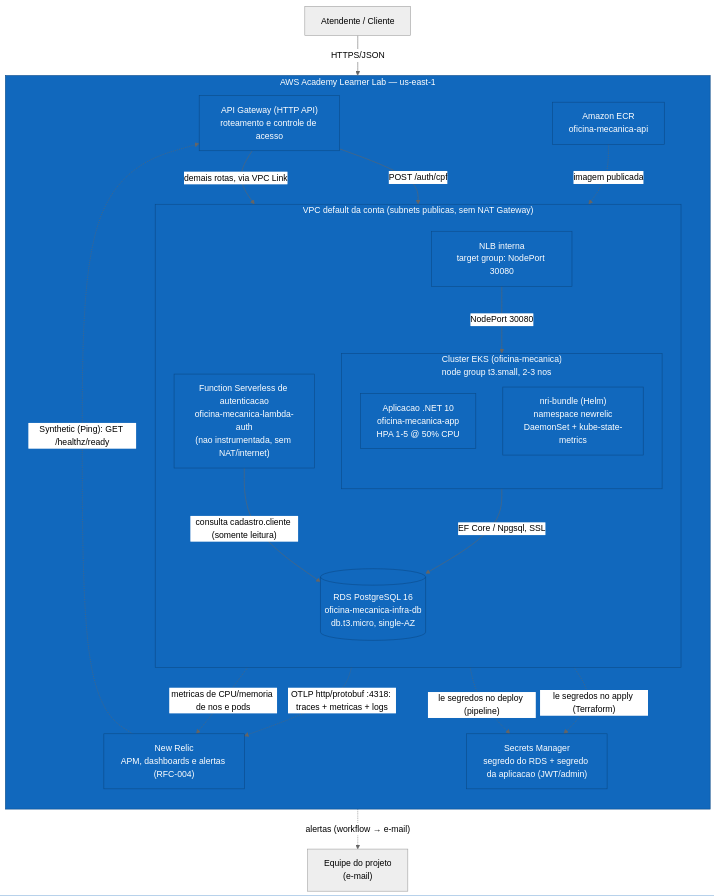
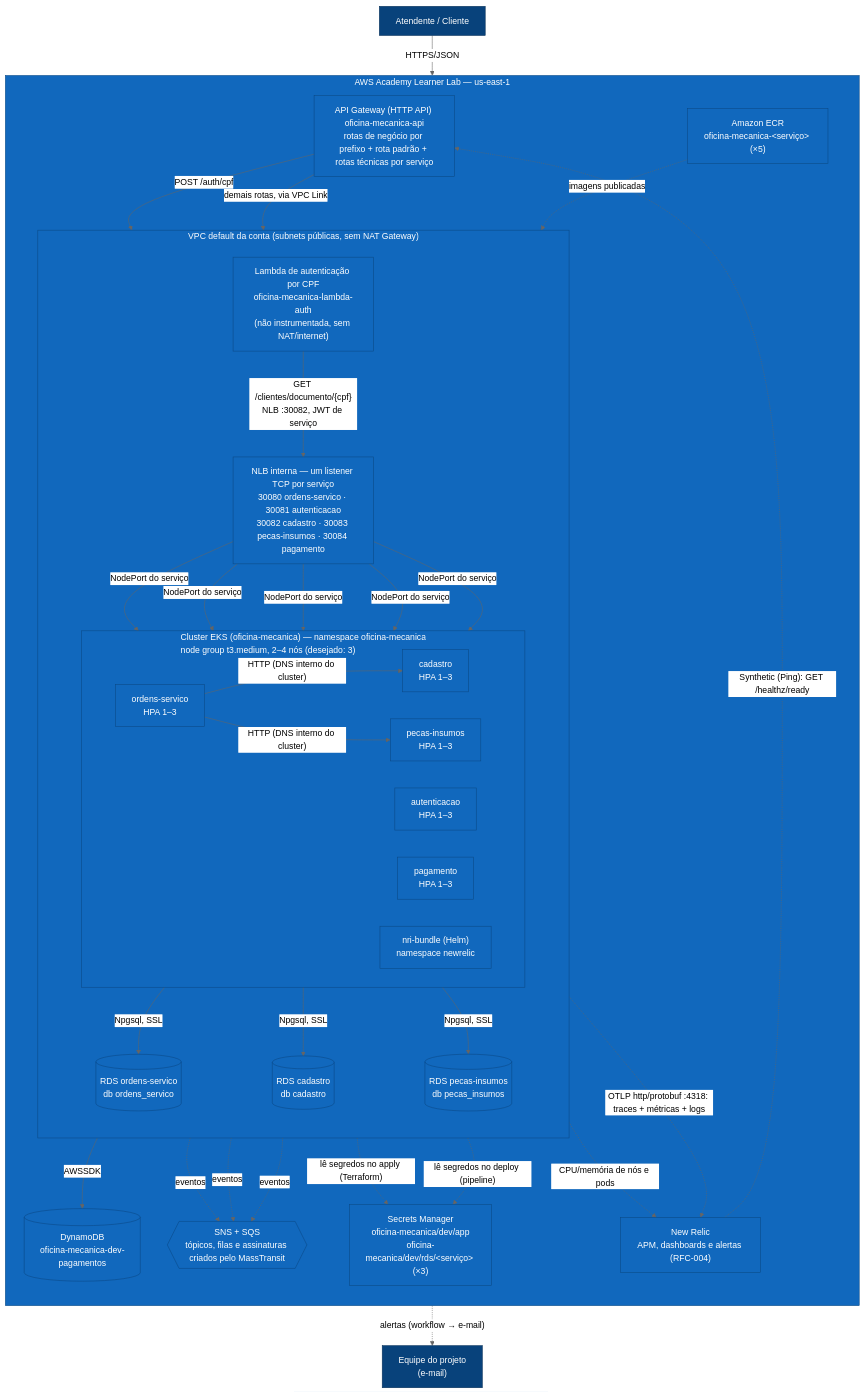
Before and after one commit to gabrielMauad/oficina-mecanica-app: the second of 2 diagrams in docs/arquitetura/diagramas/infraestrutura.md, drawn with Mermaid (neutral theme). The commit also changed other lines of this file and 31 other files, not shown here.

````diff
--- a/docs/arquitetura/diagramas/infraestrutura.md
+++ b/docs/arquitetura/diagramas/infraestrutura.md
@@ -52,47 +80,63 @@
 ```mermaid
 flowchart TB
     ator["Atendente / Cliente"]
     equipe["Equipe do projeto<br/>(e-mail)"]
 
     subgraph aws["AWS Academy Learner Lab — us-east-1"]
         direction TB
-        gw["API Gateway (HTTP API)<br/>roteamento e controle de acesso"]
+        gw["API Gateway (HTTP API) oficina-mecanica-api<br/>rotas de negócio por prefixo + rota padrão + rotas técnicas por serviço"]
 
-        subgraph vpc["VPC default da conta (subnets publicas, sem NAT Gateway)"]
+        subgraph vpc["VPC default da conta (subnets públicas, sem NAT Gateway)"]
             direction TB
-            authFn["Function Serverless de autenticacao<br/>oficina-mecanica-lambda-auth<br/>(nao instrumentada, sem NAT/internet)"]
+            authFn["Lambda de autenticação por CPF<br/>oficina-mecanica-lambda-auth<br/>(não instrumentada, sem NAT/internet)"]
+            nlb["NLB interna — um listener TCP por serviço<br/>30080 ordens-servico · 30081 autenticacao<br/>30082 cadastro · 30083 pecas-insumos · 30084 pagamento"]
 
-            subgraph eks["Cluster EKS (oficina-mecanica)<br/>node group t3.small, 2-3 nos"]
-                direction TB
-                api["Aplicacao .NET 10<br/>oficina-mecanica-app<br/>HPA 1-5 @ 50% CPU"]
-                nri["nri-bundle (Helm)<br/>namespace newrelic<br/>DaemonSet + kube-state-metrics"]
+            subgraph eks["Cluster EKS (oficina-mecanica) — namespace oficina-mecanica<br/>node group t3.medium, 2–4 nós (desejado: 3)"]
+                direction LR
+                os["ordens-servico<br/>HPA 1–3"]
+                auth["autenticacao<br/>HPA 1–3"]
+                cad["cadastro<br/>HPA 1–3"]
+                pec["pecas-insumos<br/>HPA 1–3"]
+                pag["pagamento<br/>HPA 1–3"]
+                nri["nri-bundle (Helm)<br/>namespace newrelic"]
             end
 
-            nlb["NLB interna<br/>target group: NodePort 30080"]
-            rds[("RDS PostgreSQL 16<br/>oficina-mecanica-infra-db<br/>db.t3.micro, single-AZ")]
+            rdsOs[("RDS ordens-servico<br/>db ordens_servico")]
+            rdsCad[("RDS cadastro<br/>db cadastro")]
+            rdsPec[("RDS pecas-insumos<br/>db pecas_insumos")]
         end
 
-        secrets["Secrets Manager<br/>segredo do RDS + segredo da aplicacao (JWT/admin)"]
-        ecr["Amazon ECR<br/>oficina-mecanica-api"]
+        dyn[("DynamoDB<br/>oficina-mecanica-dev-pagamentos")]
+        broker{{"SNS + SQS<br/>tópicos, filas e assinaturas criados pelo MassTransit"}}
+        secrets["Secrets Manager<br/>oficina-mecanica/dev/app<br/>oficina-mecanica/dev/rds/&lt;serviço&gt; (×3)"]
+        ecr["Amazon ECR<br/>oficina-mecanica-&lt;serviço&gt; (×5)"]
         apm["New Relic<br/>APM, dashboards e alertas (RFC-004)"]
     end
 
     ator -->|"HTTPS/JSON"| gw
     gw -->|"POST /auth/cpf"| authFn
     gw -->|"demais rotas, via VPC Link"| nlb
-    nlb -->|"NodePort 30080"| api
-    authFn -->|"consulta cadastro.cliente (somente leitura)"| rds
-    api -->|"EF Core / Npgsql, SSL"| rds
-    authFn -.->|"le segredos no apply (Terraform)"| secrets
-    api -.->|"le segredos no deploy (pipeline)"| secrets
-    ecr -.->|"imagem publicada"| api
-    api -.->|"OTLP http/protobuf :4318: traces + metricas + logs"| apm
-    nri -.->|"metricas de CPU/memoria de nos e pods"| apm
+    nlb -->|"NodePort do serviço"| os & auth & cad & pec & pag
+    authFn -->|"GET /clientes/documento/{cpf}<br/>NLB :30082, JWT de serviço"| nlb
+    os -->|"HTTP (DNS interno do cluster)"| cad
+    os -->|"HTTP (DNS interno do cluster)"| pec
+    os -->|"Npgsql, SSL"| rdsOs
+    cad -->|"Npgsql, SSL"| rdsCad
+    pec -->|"Npgsql, SSL"| rdsPec
+    pag -->|"AWSSDK"| dyn
+    os -.->|"eventos"| broker
+    pec -.->|"eventos"| broker
+    pag -.->|"eventos"| broker
+    authFn -.->|"lê segredos no apply (Terraform)"| secrets
+    eks -.->|"lê segredos no deploy (pipeline)"| secrets
+    ecr -.->|"imagens publicadas"| eks
+    eks -.->|"OTLP http/protobuf :4318: traces + métricas + logs"| apm
+    nri -.->|"CPU/memória de nós e pods"| apm
     apm -.->|"Synthetic (Ping): GET /healthz/ready"| gw
     apm -.->|"alertas (workflow → e-mail)"| equipe
 
     classDef existente fill:#1168bd,stroke:#0b4884,color:#fff
-    class ator fill:#08427b,stroke:#052e56,color:#fff
-    class equipe fill:#08427b,stroke:#052e56,color:#fff
-    class gw,vpc,eks,api,rds,secrets,ecr,authFn,nlb,aws,apm,nri existente
+    classDef pessoa fill:#08427b,stroke:#052e56,color:#fff
+    class ator,equipe pessoa
+    class gw,vpc,eks,os,auth,cad,pec,pag,rdsOs,rdsCad,rdsPec,dyn,broker,secrets,ecr,authFn,nlb,aws,apm,nri existente
 ```
````
